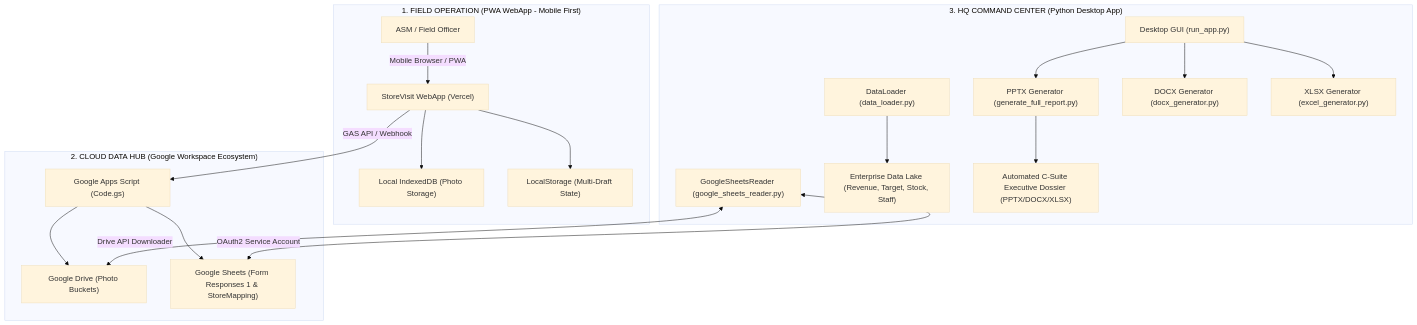
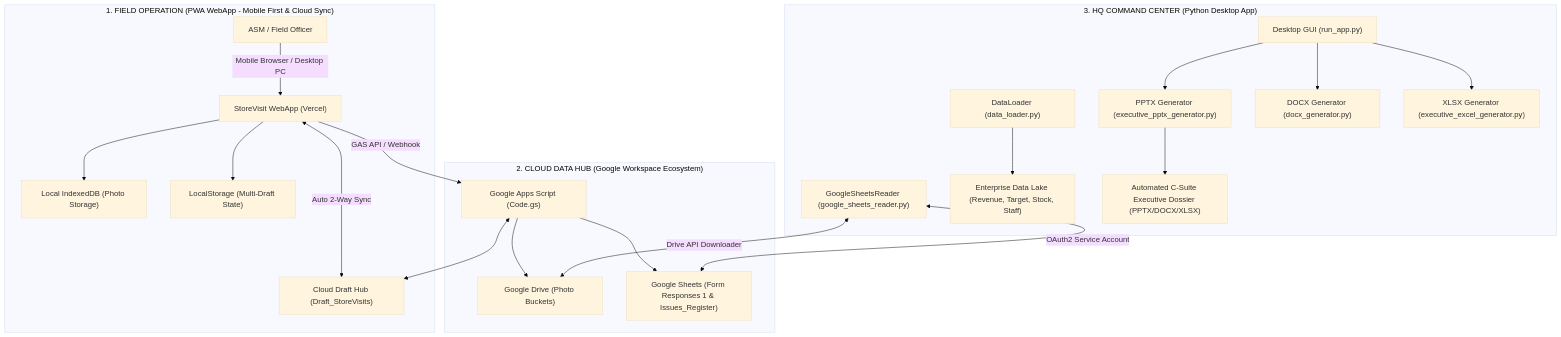
The diagram in README.md (KHOINGUYEN17886/storevisit), drawn with Mermaid (base theme) before and after one commit. The commit also changed other lines of this file and 4 other files, not shown here.

Commit message:
feat(mobile-ux): implement responsive mobile layout system, cross-device cloud draft sync via Google Sheets, and update full project docs

````diff
--- a/README.md
+++ b/README.md
@@ -17,31 +17,33 @@
 ```mermaid
 graph TD
-    subgraph FIELD_OPERATION ["1. FIELD OPERATION (PWA WebApp - Mobile First)"]
-        ASM["ASM / Field Officer"] -->|Mobile Browser / PWA| WEBAPP["StoreVisit WebApp (Vercel)"]
+    subgraph FIELD_OPERATION ["1. FIELD OPERATION (PWA WebApp - Mobile First & Cloud Sync)"]
+        ASM["ASM / Field Officer"] -->|Mobile Browser / Desktop PC| WEBAPP["StoreVisit WebApp (Vercel)"]
         WEBAPP --> IDB["Local IndexedDB (Photo Storage)"]
         WEBAPP --> LS["LocalStorage (Multi-Draft State)"]
+        WEBAPP <-->|Auto 2-Way Sync| CLOUD_DRAFT["Cloud Draft Hub (Draft_StoreVisits)"]
     end
 
     subgraph CLOUD_DATA_HUB ["2. CLOUD DATA HUB (Google Workspace Ecosystem)"]
         WEBAPP -->|GAS API / Webhook| GAS["Google Apps Script (Code.gs)"]
         GAS --> GDRIVE["Google Drive (Photo Buckets)"]
-        GAS --> GSHEET["Google Sheets (Form Responses 1 & StoreMapping)"]
+        GAS --> GSHEET["Google Sheets (Form Responses 1 & Issues_Register)"]
+        GAS <--> CLOUD_DRAFT
     end
 
     subgraph HQ_COMMAND_CENTER ["3. HQ COMMAND CENTER (Python Desktop App)"]
         DESKTOP["Desktop GUI (run_app.py)"]
         GSREADER["GoogleSheetsReader (google_sheets_reader.py)"]
         DATALOADER["DataLoader (data_loader.py)"]
         
         GSREADER <-->|OAuth2 Service Account| GSHEET
         GSREADER <-->|Drive API Downloader| GDRIVE
         
         DATALOADER --> DATALAKE["Enterprise Data Lake (Revenue, Target, Stock, Staff)"]
         
-        DESKTOP --> GEN_PPTX["PPTX Generator (generate_full_report.py)"]
+        DESKTOP --> GEN_PPTX["PPTX Generator (executive_pptx_generator.py)"]
         DESKTOP --> GEN_DOCX["DOCX Generator (docx_generator.py)"]
-        DESKTOP --> GEN_XLSX["XLSX Generator (excel_generator.py)"]
+        DESKTOP --> GEN_XLSX["XLSX Generator (executive_excel_generator.py)"]
         
         GEN_PPTX --> OUTPUT["Automated C-Suite Executive Dossier (PPTX/DOCX/XLSX)"]
     end
 ```
````
